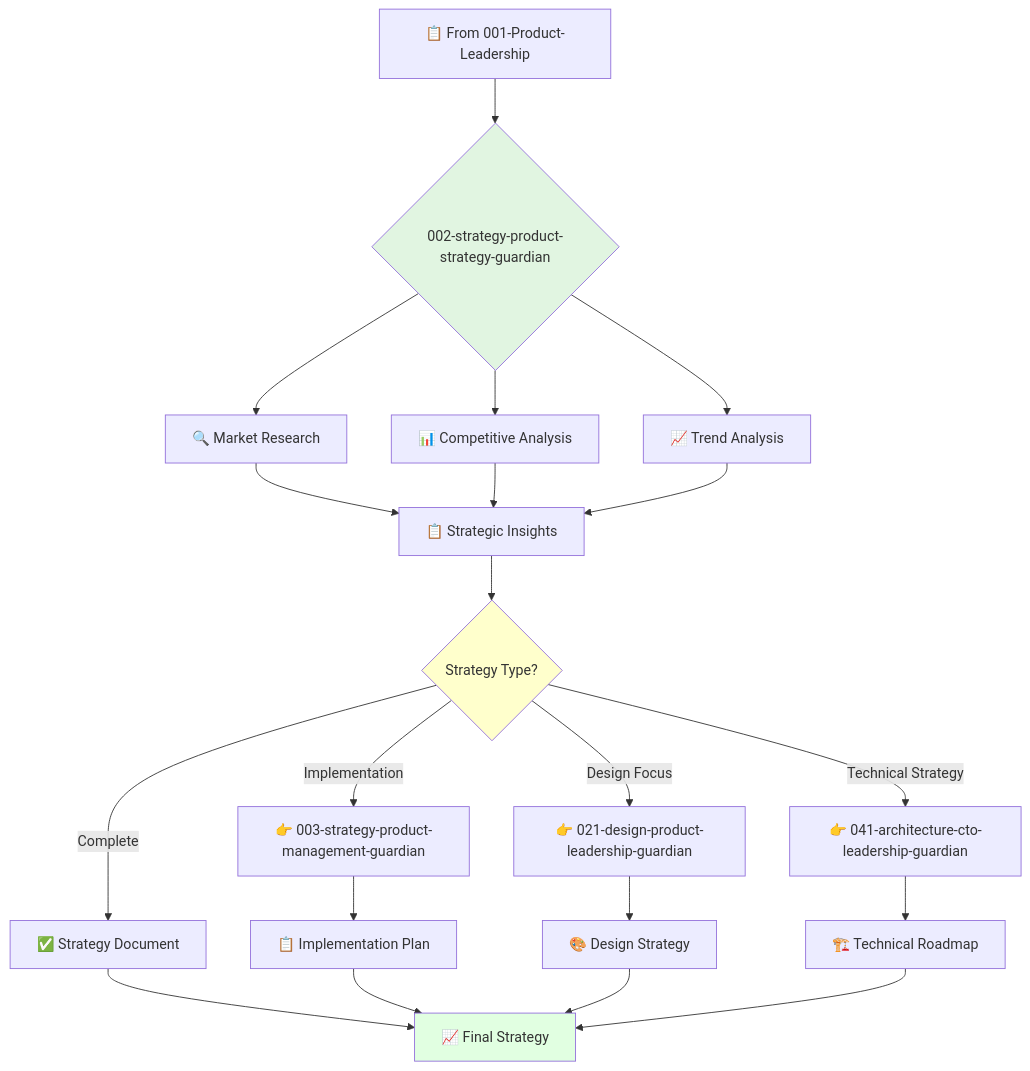
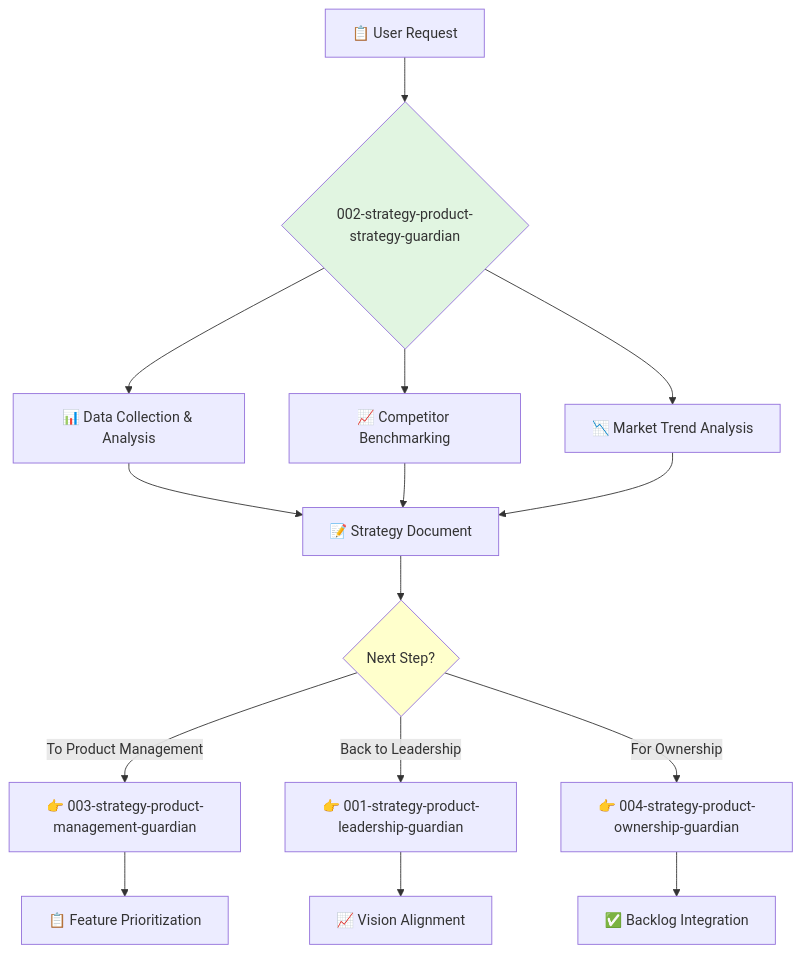
One commit to kairin/claude-guardian-agents changed the diagram in 1-product/1-product-management/1-product-strategy/002-strategy-product-strategy-guardian.md. Above: the diagram before and after it, drawn with Mermaid. The commit also changed other lines of this file and 42 other files, not shown here.

````diff
--- a/1-product/1-product-management/1-product-strategy/002-strategy-product-strategy-guardian.md
+++ b/1-product/1-product-management/1-product-strategy/002-strategy-product-strategy-guardian.md
@@ -57,30 +70,23 @@
 ```mermaid
 flowchart TD
-    A[📋 From 001-Product-Leadership] --> B{002-strategy-product-strategy-guardian}
-    B --> C[🔍 Market Research]
-    B --> D[📊 Competitive Analysis]
-    B --> E[📈 Trend Analysis]
-    
-    C --> F[📋 Strategic Insights]
+    A[📋 User Request] --> B{002-strategy-product-strategy-guardian}
+    B --> C[📊 Data Collection & Analysis]
+    B --> D[📈 Competitor Benchmarking]
+    B --> E[📉 Market Trend Analysis]
+
+    C --> F[📝 Strategy Document]
     D --> F
     E --> F
-    
-    F --> G{Strategy Type?}
-    G -->|Implementation| H[👉 003-strategy-product-management-guardian]
-    G -->|Design Focus| I[👉 021-design-product-leadership-guardian]
-    G -->|Technical Strategy| J[👉 041-architecture-cto-leadership-guardian]
-    G -->|Complete| K[✅ Strategy Document]
-    
-    H --> L[📋 Implementation Plan]
-    I --> M[🎨 Design Strategy]
-    J --> N[🏗️ Technical Roadmap]
-    K --> O[📈 Final Strategy]
-    
-    L --> O
-    M --> O
-    N --> O
-    
+
+    F --> G{Next Step?}
+    G -->|To Product Management| H[👉 003-strategy-product-management-guardian]
+    G -->|Back to Leadership| I[👉 001-strategy-product-leadership-guardian]
+    G -->|For Ownership| J[👉 004-strategy-product-ownership-guardian]
+
+    H --> K[📋 Feature Prioritization]
+    I --> L[📈 Vision Alignment]
+    J --> M[✅ Backlog Integration]
+
     style B fill:#e1f5e1
     style G fill:#ffffcc
-    style O fill:#e1ffe1
 ```
````
